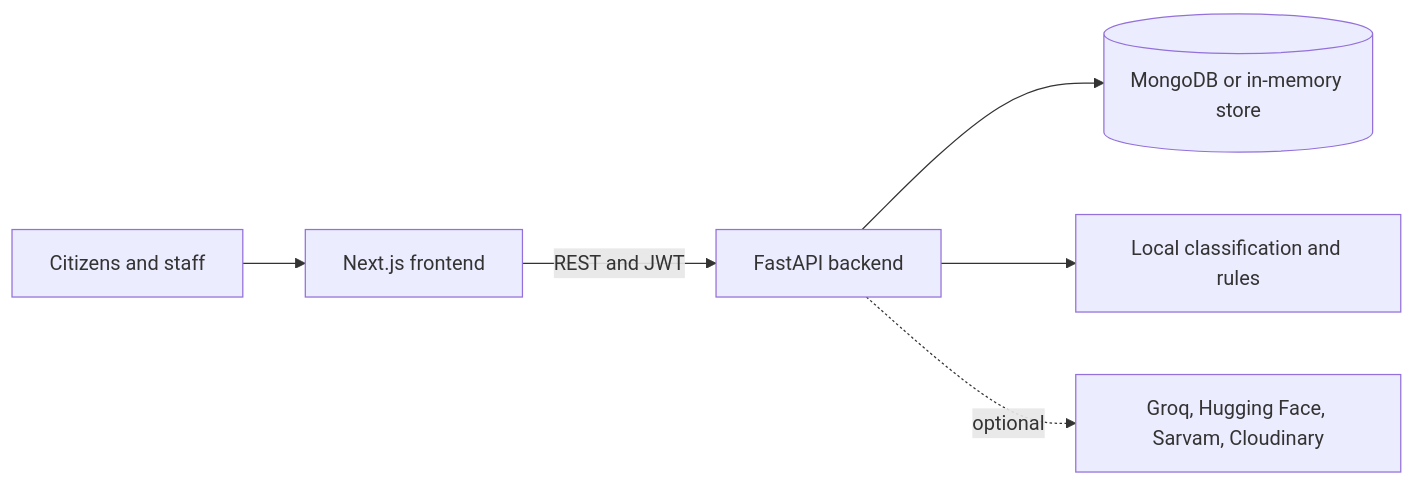
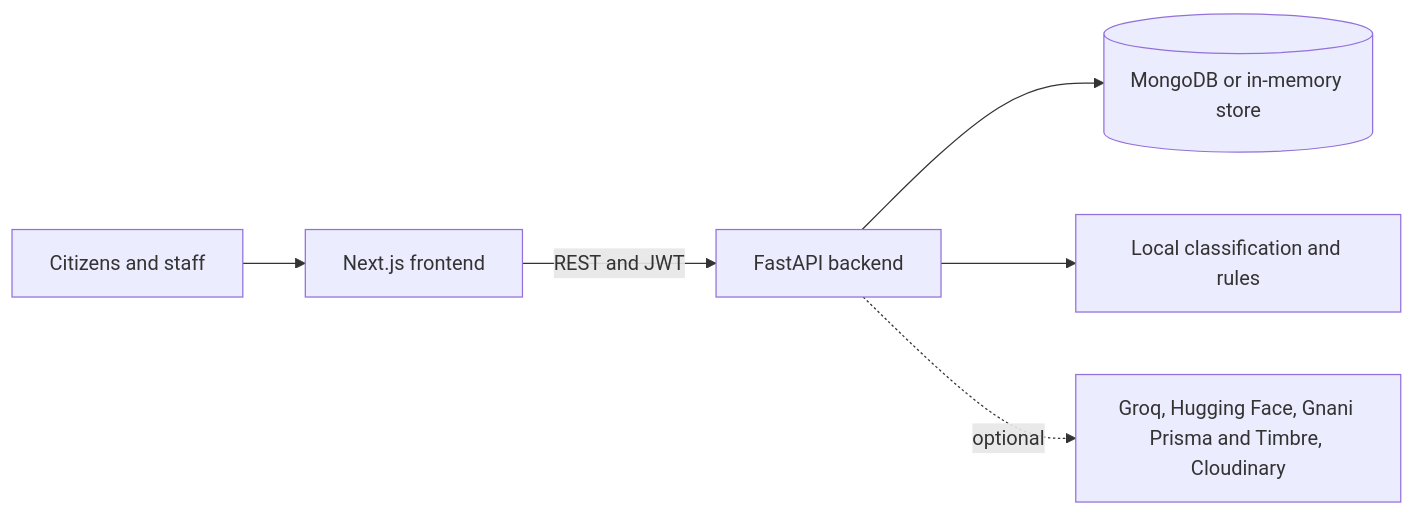
The diagram in README.md (Arsen1c-18/Civora), drawn with Mermaid before and after one commit. The commit also changed other lines of this file, not shown here.

````diff
--- a/README.md
+++ b/README.md
@@ -63,8 +73,8 @@
 ```mermaid
 flowchart LR
     Citizen[Citizens and staff] --> Web[Next.js frontend]
     Web -->|REST and JWT| API[FastAPI backend]
     API --> Store[(MongoDB or in-memory store)]
     API --> NLP[Local classification and rules]
-    API -. optional .-> Providers[Groq, Hugging Face, Sarvam, Cloudinary]
+    API -. optional .-> Providers[Groq, Hugging Face, Gnani Prisma and Timbre, Cloudinary]
 ```
````
